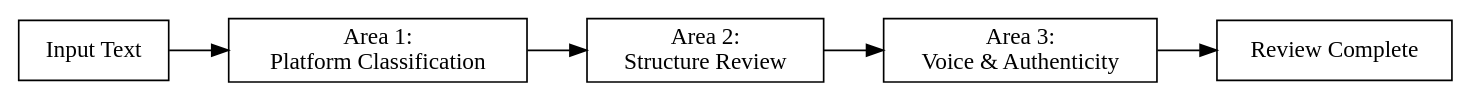
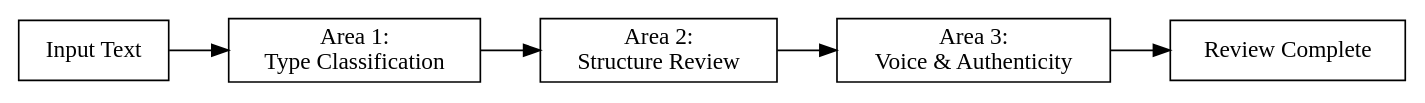
The diagram in skills/technical-copywriting/SKILL.md (toongri/oh-my-toong-playground), drawn with Graphviz before and after one commit. The commit also changed other lines of this file and 8 other files, not shown here.

````diff
--- a/skills/technical-copywriting/SKILL.md
+++ b/skills/technical-copywriting/SKILL.md
@@ -27,11 +27,11 @@
 ```dot
 digraph review_flow {
     rankdir=LR;
     node [shape=box];
 
-    "Input Text" -> "Area 1:\nPlatform Classification";
-    "Area 1:\nPlatform Classification" -> "Area 2:\nStructure Review";
+    "Input Text" -> "Area 1:\nType Classification";
+    "Area 1:\nType Classification" -> "Area 2:\nStructure Review";
     "Area 2:\nStructure Review" -> "Area 3:\nVoice & Authenticity";
     "Area 3:\nVoice & Authenticity" -> "Review Complete";
 }
 ```
````
